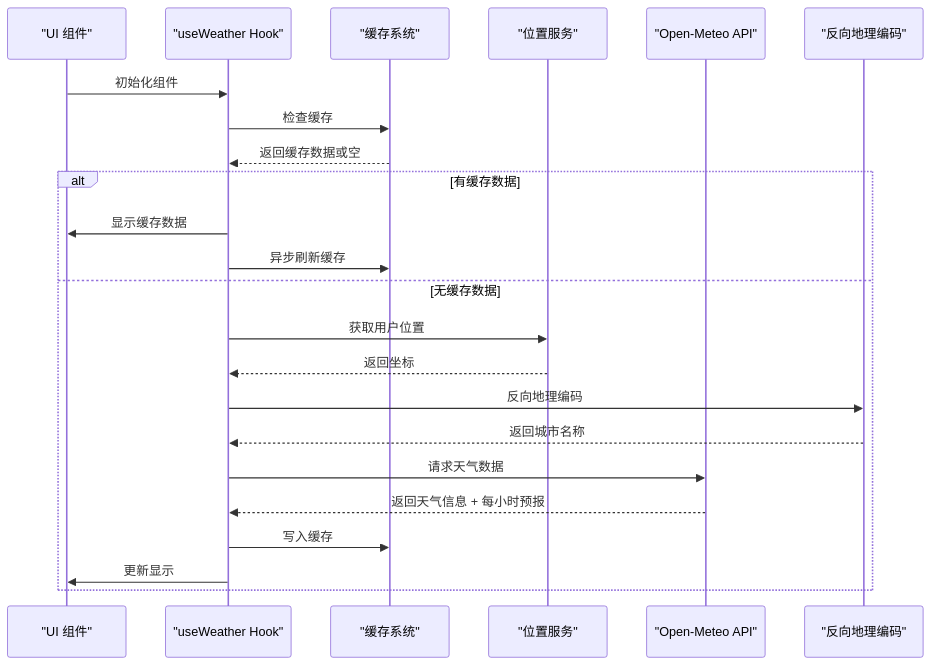
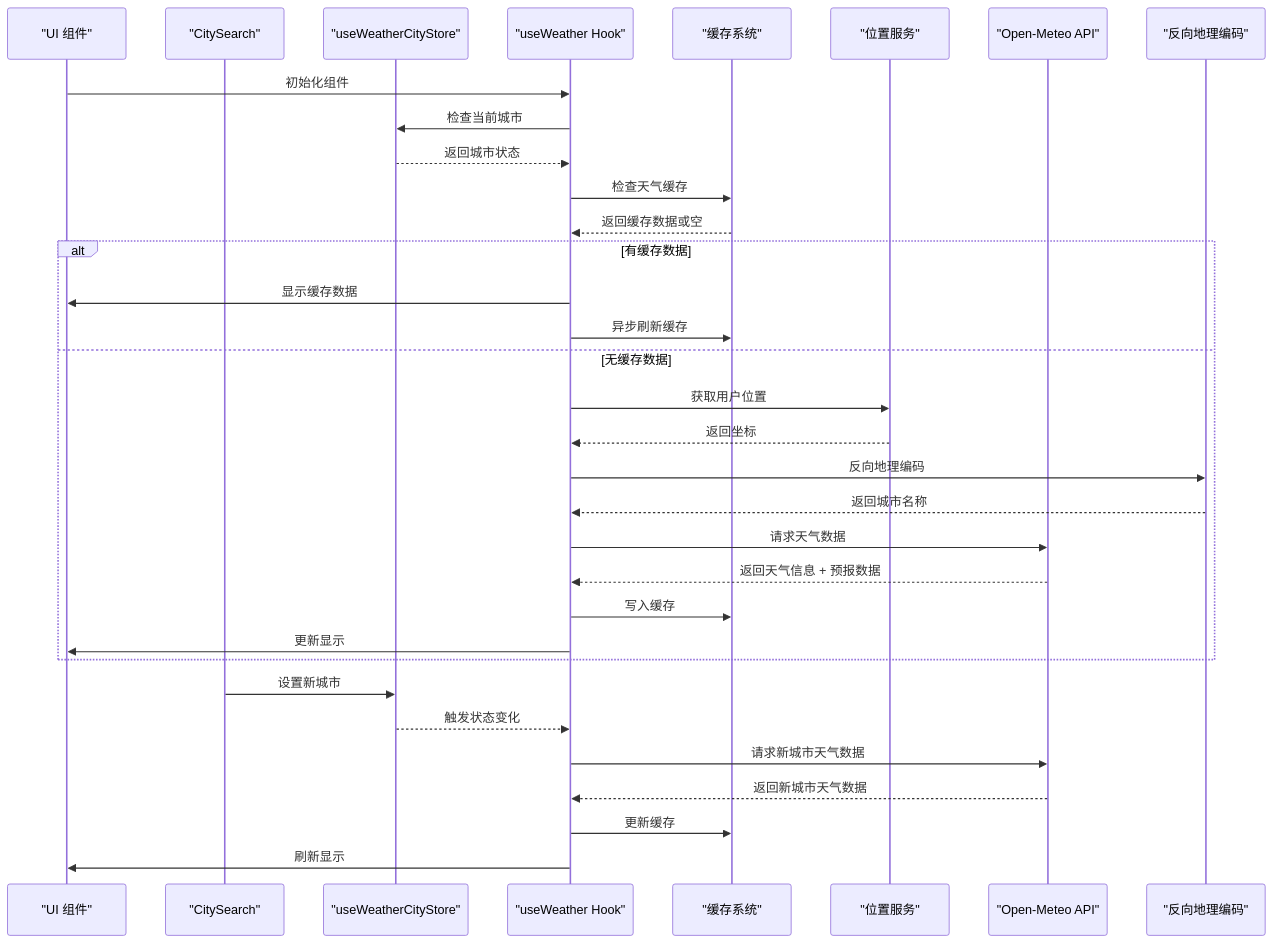
Before and after one commit to Zy0913/xtab: the third of 9 diagrams in .qoder/repowiki/zh/content/核心功能模块/天气组件.md, drawn with Mermaid. The commit also changed other lines of this file and 15 other files, not shown here.

````diff
--- a/.qoder/repowiki/zh/content/核心功能模块/天气组件.md
+++ b/.qoder/repowiki/zh/content/核心功能模块/天气组件.md
@@ -191,25 +224,35 @@
 ```mermaid
 sequenceDiagram
 participant UI as "UI 组件"
+participant CitySearch as "CitySearch"
+participant Store as "useWeatherCityStore"
 participant Hook as "useWeather Hook"
 participant Cache as "缓存系统"
 participant Location as "位置服务"
 participant API as "Open-Meteo API"
 participant Geocode as "反向地理编码"
 UI->>Hook : 初始化组件
-Hook->>Cache : 检查缓存
+Hook->>Store : 检查当前城市
+Store-->>Hook : 返回城市状态
+Hook->>Cache : 检查天气缓存
 Cache-->>Hook : 返回缓存数据或空
 alt 有缓存数据
 Hook->>UI : 显示缓存数据
 Hook->>Cache : 异步刷新缓存
 else 无缓存数据
 Hook->>Location : 获取用户位置
 Location-->>Hook : 返回坐标
 Hook->>Geocode : 反向地理编码
 Geocode-->>Hook : 返回城市名称
 Hook->>API : 请求天气数据
-API-->>Hook : 返回天气信息 + 每小时预报
+API-->>Hook : 返回天气信息 + 预报数据
 Hook->>Cache : 写入缓存
 Hook->>UI : 更新显示
 end
+CitySearch->>Store : 设置新城市
+Store-->>Hook : 触发状态变化
+Hook->>API : 请求新城市天气数据
+API-->>Hook : 返回新城市天气数据
+Hook->>Cache : 更新缓存
+Hook->>UI : 刷新显示
 ```
````
